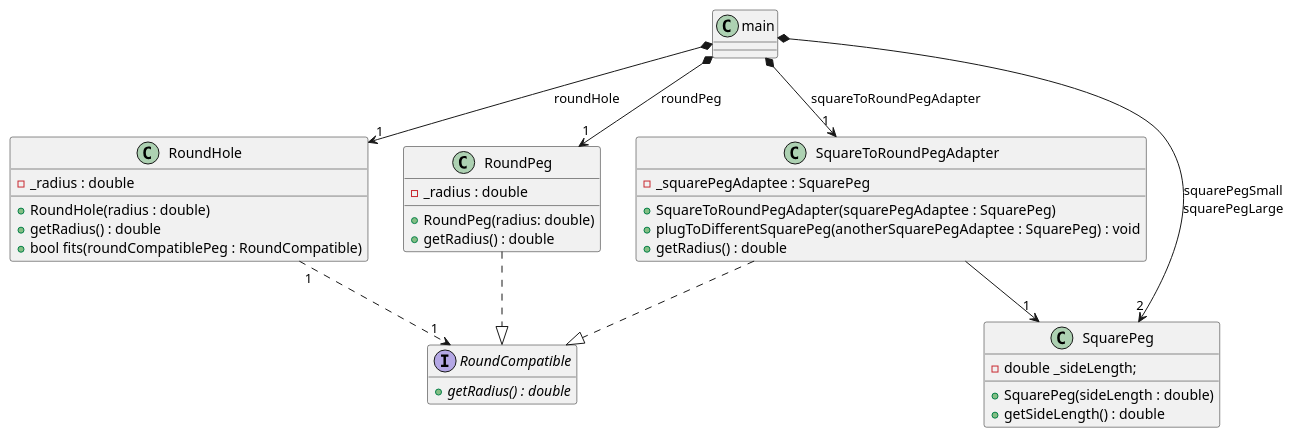
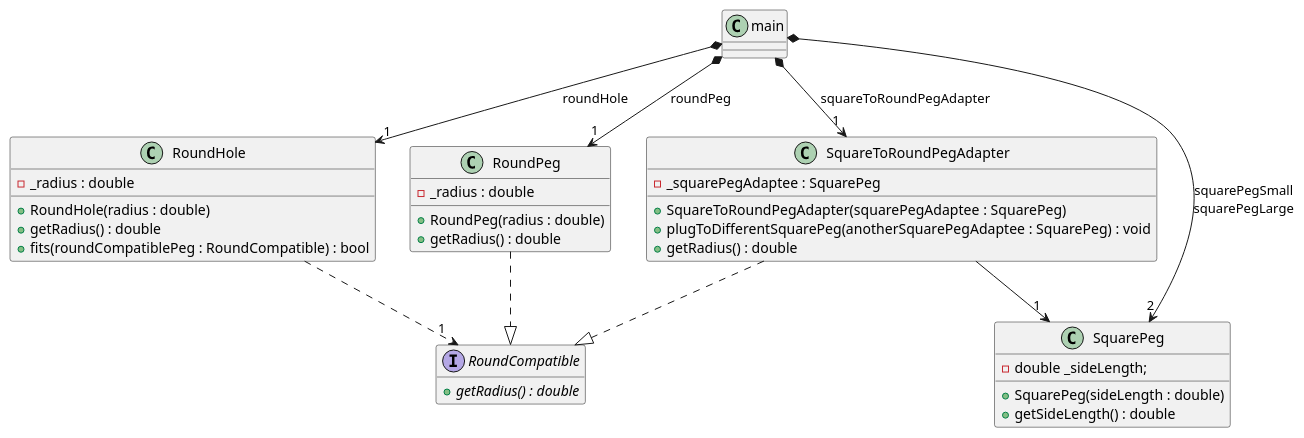
One commit to kyberdrb/CLionProjects changed the diagram in Design_Patterns_CPP/Structural/Adapter/Object_adapter_as_interface_with_reference_wrapper_and_polymorphism_CPP_14/object_adapter-class_diagram.puml. Above: the diagram before and after it, drawn with PlantUML. The commit also changed 52 other files, not shown here.

```diff
--- a/Design_Patterns_CPP/Structural/Adapter/Object_adapter_as_interface_with_reference_wrapper_and_polymorphism_CPP_14/object_adapter-class_diagram.puml
+++ b/Design_Patterns_CPP/Structural/Adapter/Object_adapter_as_interface_with_reference_wrapper_and_polymorphism_CPP_14/object_adapter-class_diagram.puml
@@ -1,54 +1,54 @@
 @startuml
 'https://plantuml.com/class-diagram
 
 class main
 
 class RoundHole {
     + RoundHole(radius : double)
     + getRadius() : double
-    + bool fits(roundCompatiblePeg : RoundCompatible)
+    + fits(roundCompatiblePeg : RoundCompatible) : bool
 
     - _radius : double
 }
 
 main *--> "1" RoundHole : roundHole
-RoundHole "1" ..> "1" RoundCompatible
+RoundHole ..> "1" RoundCompatible
 
 interface RoundCompatible {
-    + {abstract}getRadius() : double
+    + {abstract} getRadius() : double
 }
 
 hide RoundCompatible fields
 
 class RoundPeg {
-    + RoundPeg(radius: double)
+    + RoundPeg(radius : double)
     + getRadius() : double
 
     - _radius : double
 }
 
 main *--> "1" RoundPeg : roundPeg
 RoundPeg ..|> RoundCompatible
 
 class SquarePeg {
     + SquarePeg(sideLength : double)
     + getSideLength() : double
 
     - double _sideLength;
 }
 
 main *--> "2" SquarePeg : squarePegSmall\nsquarePegLarge
 
 class SquareToRoundPegAdapter {
     + SquareToRoundPegAdapter(squarePegAdaptee : SquarePeg)
     + plugToDifferentSquarePeg(anotherSquarePegAdaptee : SquarePeg) : void
     + getRadius() : double
 
     - _squarePegAdaptee : SquarePeg
 }
 
 main *--> "1" SquareToRoundPegAdapter : squareToRoundPegAdapter
 SquareToRoundPegAdapter --> "1" SquarePeg
 SquareToRoundPegAdapter ..|> RoundCompatible
 
 @enduml
```
